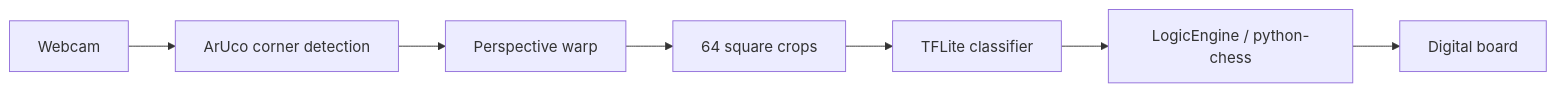
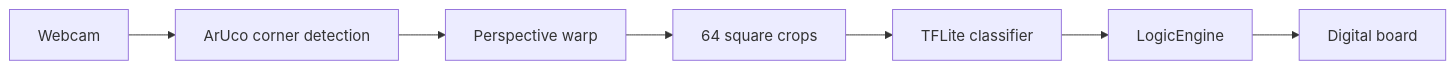
Before and after one commit to AryanS-afk/Chess-Vision: the diagram in README.md, drawn with Mermaid.

````diff
--- a/README.md
+++ b/README.md
@@ -11,9 +11,9 @@
 ```mermaid
 flowchart LR
     Cam[Webcam] --> ArUco[ArUco corner detection]
     ArUco --> Warp[Perspective warp]
     Warp --> Split[64 square crops]
     Split --> ML[TFLite classifier]
-    ML --> Logic[LogicEngine / python-chess]
+    ML --> Logic[LogicEngine]
     Logic --> GUI[Digital board]
 ```
````
